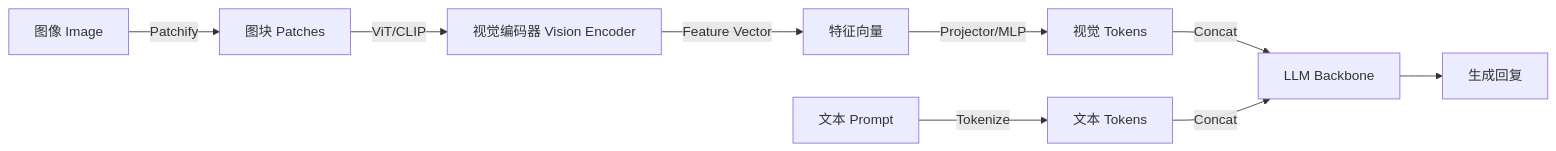
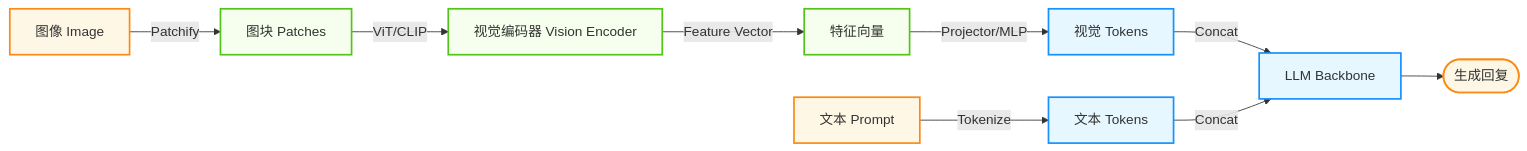
The first of 5 diagrams in 04_tools/4.6_multimodal.md (yeasy/agentic_ai_guide), drawn with Mermaid before and after one commit. The commit also changed other lines of this file and 36 other files, not shown here.

````diff
--- a/04_tools/4.6_multimodal.md
+++ b/04_tools/4.6_multimodal.md
@@ -77,12 +77,23 @@
 ```mermaid
 graph LR
-    Img[图像 Image] -->|Patchify| P[图块 Patches]
-    P -->|ViT/CLIP| Enc[视觉编码器 Vision Encoder]
-    Enc -->|Feature Vector| Vec[特征向量]
-    Vec -->|Projector/MLP| Tok[视觉 Tokens]
+    %% Agentic Design System
+    classDef agent fill:#e6f7ff,stroke:#1890ff,stroke-width:2px;
+    classDef tool fill:#f6ffed,stroke:#52c41a,stroke-width:2px;
+    classDef user fill:#fff7e6,stroke:#fa8c16,stroke-width:2px;
+
+    Img["图像 Image"] -->|Patchify| P["图块 Patches"]
+    P -->|ViT/CLIP| Enc["视觉编码器 Vision Encoder"]
+    Enc -->|Feature Vector| Vec["特征向量"]
+    Vec -->|Projector/MLP| Tok["视觉 Tokens"]
     
-    Txt[文本 Prompt] -->|Tokenize| TTok[文本 Tokens]
+    Txt["文本 Prompt"] -->|Tokenize| TTok["文本 Tokens"]
     
-    Tok & TTok -->|Concat| LLM[LLM Backbone]
-    LLM --> Out[生成回复]
+    Tok & TTok -->|Concat| LLM["LLM Backbone"]
+    LLM --> Out(["生成回复"])
+    
+    class Img,Txt user;
+    class P,Enc,Vec tool;
+    class Tok,TTok agent;
+    class LLM agent;
+    class Out user;
 ```
````
